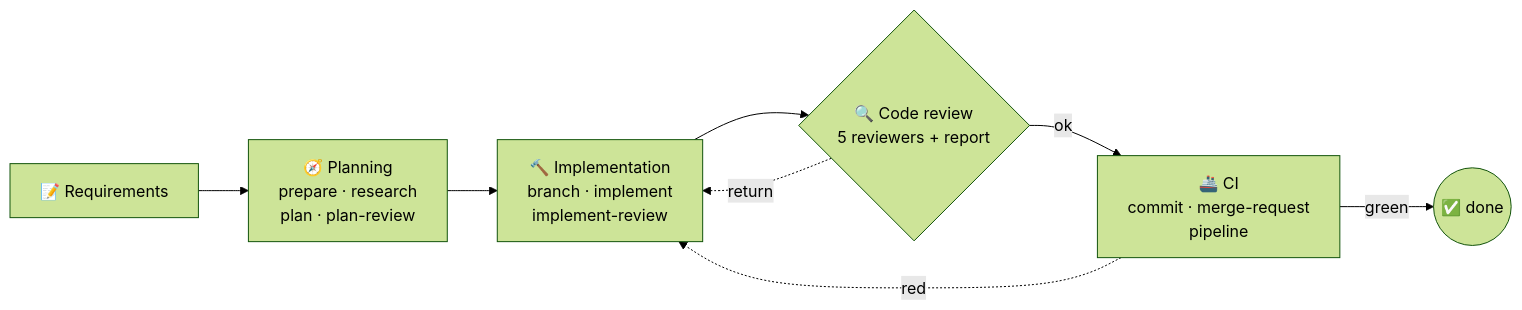
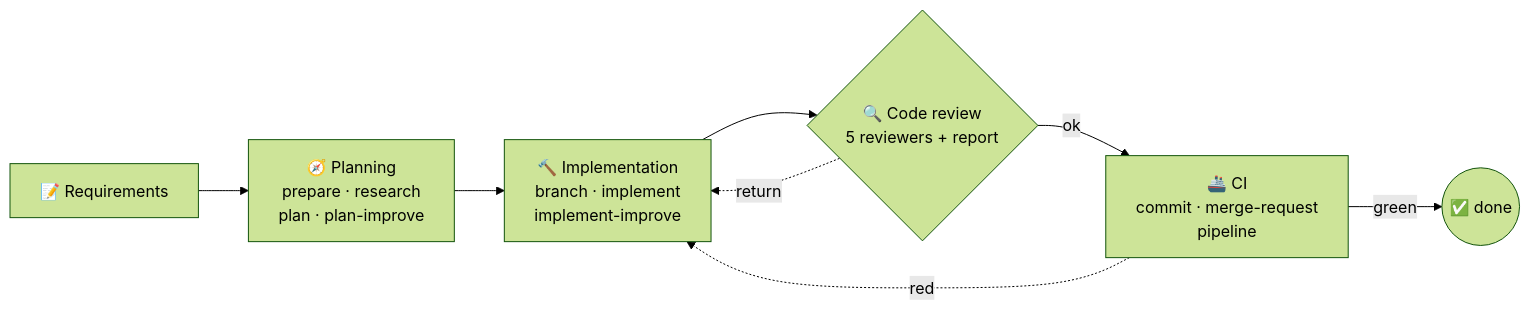
Before and after one commit to swarmloop/swarmloop: the diagram in README.md, drawn with Mermaid (forest theme). The commit also changed other lines of this file and 27 other files, not shown here.

Commit message:
feat(run-mvw4yksx): Rename plan-review to plan-improve, implement-review to implement-improve. Change it everywhere, in code, filenames, docs. Don't change the logic behind it

````diff
--- a/README.md
+++ b/README.md
@@ -157,10 +157,10 @@
 ```mermaid
 flowchart LR
-  R["📝 Requirements"] --> P["🧭 Planning<br/>prepare · research<br/>plan · plan-review"]
-  P --> I["🔨 Implementation<br/>branch · implement<br/>implement-review"]
+  R["📝 Requirements"] --> P["🧭 Planning<br/>prepare · research<br/>plan · plan-improve"]
+  P --> I["🔨 Implementation<br/>branch · implement<br/>implement-improve"]
   I --> C{"🔍 Code review<br/>5 reviewers + report"}
   C -- ok --> D["🚢 CI<br/>commit · merge-request<br/>pipeline"]
   C -. return .-> I
   D -. red .-> I
   D -- green --> E(("✅ done"))
 ```
````
